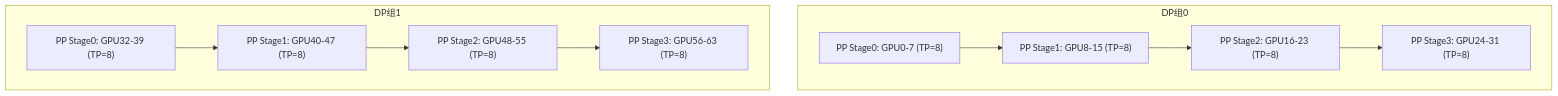
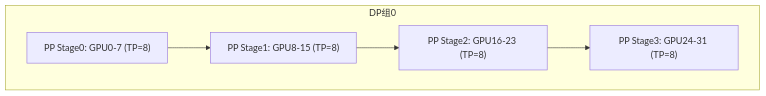
Before and after one commit to zhengshengning/zhengshengning.github.io: diagram 11 of 13 in source/_posts/AI Infra/分布式训练/分布式训练快速入门.md, drawn with Mermaid. The commit also changed other lines of this file and 5 other files, not shown here.

```diff
--- a/source/_posts/AI Infra/分布式训练/分布式训练快速入门.md
+++ b/source/_posts/AI Infra/分布式训练/分布式训练快速入门.md
@@ -809,12 +840,7 @@
 {% mermaid graph TD %}
     subgraph DP组0
     S0["PP Stage0: GPU0-7 (TP=8)"] --> S1["PP Stage1: GPU8-15 (TP=8)"]
     S1 --> S2["PP Stage2: GPU16-23 (TP=8)"]
     S2 --> S3["PP Stage3: GPU24-31 (TP=8)"]
     end
-    subgraph DP组1
-    T0["PP Stage0: GPU32-39 (TP=8)"] --> T1["PP Stage1: GPU40-47 (TP=8)"]
-    T1 --> T2["PP Stage2: GPU48-55 (TP=8)"]
-    T2 --> T3["PP Stage3: GPU56-63 (TP=8)"]
-    end
 {% endmermaid %}
```
